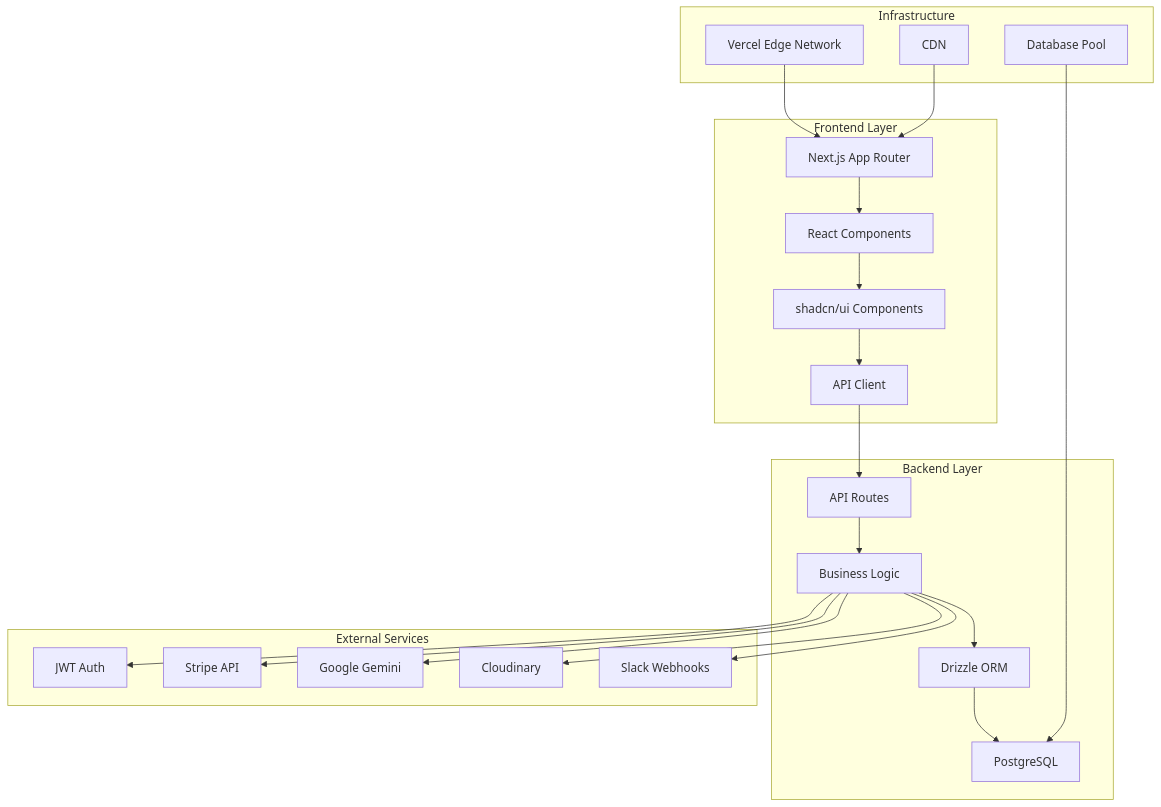
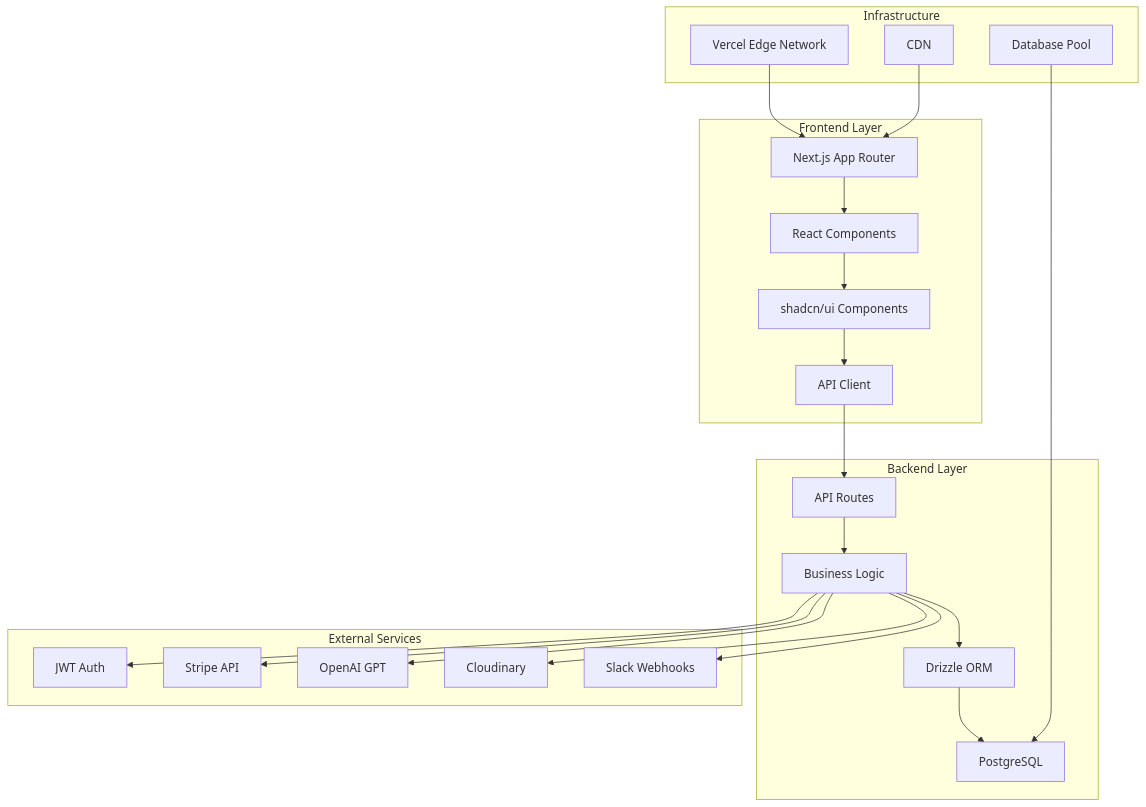
Before and after one commit to NZ-SheSharp/she-sharp: the first of 6 diagrams in README.md, drawn with Mermaid. The commit also changed other lines of this file and 6 other files, not shown here.

````diff
--- a/README.md
+++ b/README.md
@@ -543,39 +541,39 @@
 ```mermaid
 graph TB
     subgraph "Frontend Layer"
         A[Next.js App Router] --> B[React Components]
         B --> C[shadcn/ui Components]
         C --> D[API Client]
     end
     
     subgraph "Backend Layer"
         E[API Routes] --> F[Business Logic]
         F --> G[Drizzle ORM]
         G --> H[PostgreSQL]
     end
     
     subgraph "External Services"
         I[JWT Auth]
         J[Stripe API]
-        K[Google Gemini]
+        K[OpenAI GPT]
         L[Cloudinary]
         P[Slack Webhooks]
     end
     
     D --> E
     F --> I
     F --> J
     F --> K
     F --> L
     F --> P
     
     subgraph "Infrastructure"
         M[Vercel Edge Network]
         N[CDN]
         O[Database Pool]
     end
     
     M --> A
     N --> A
     O --> H
 ```
````
